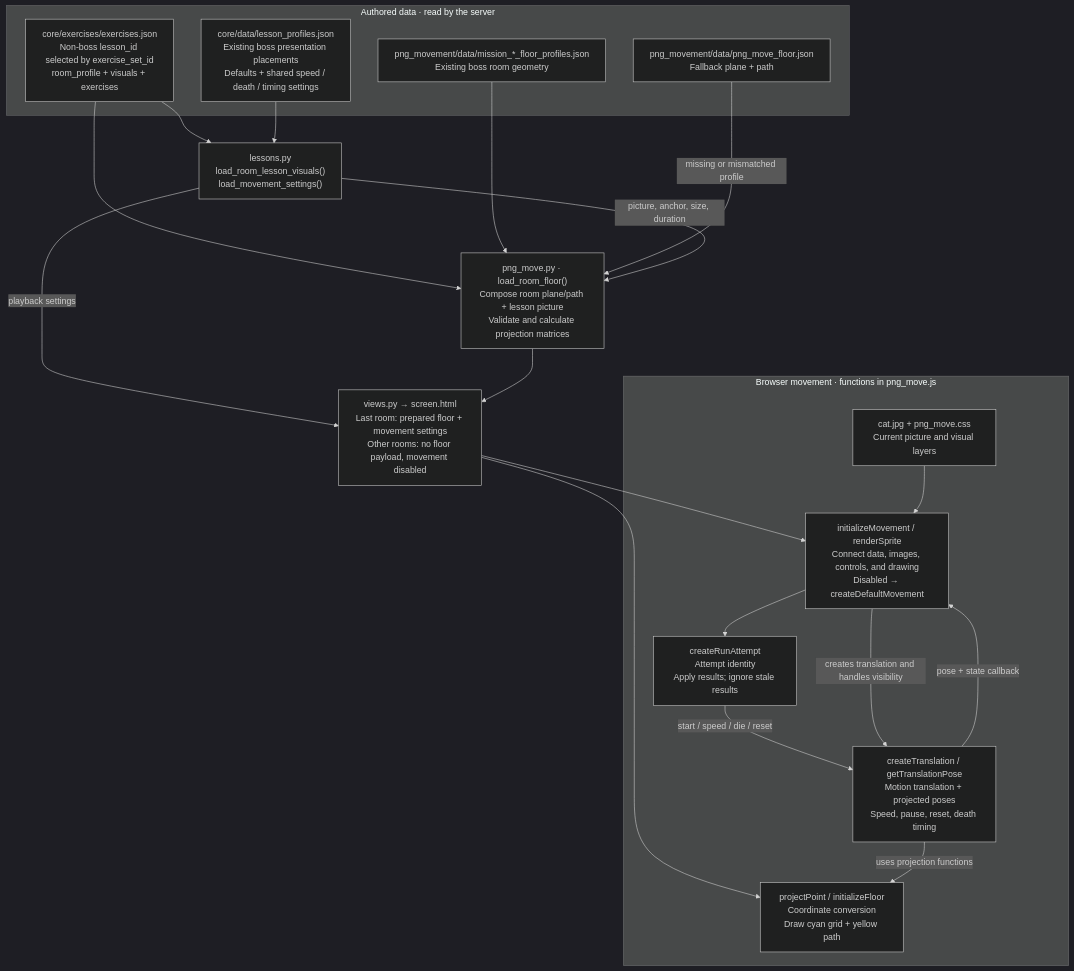
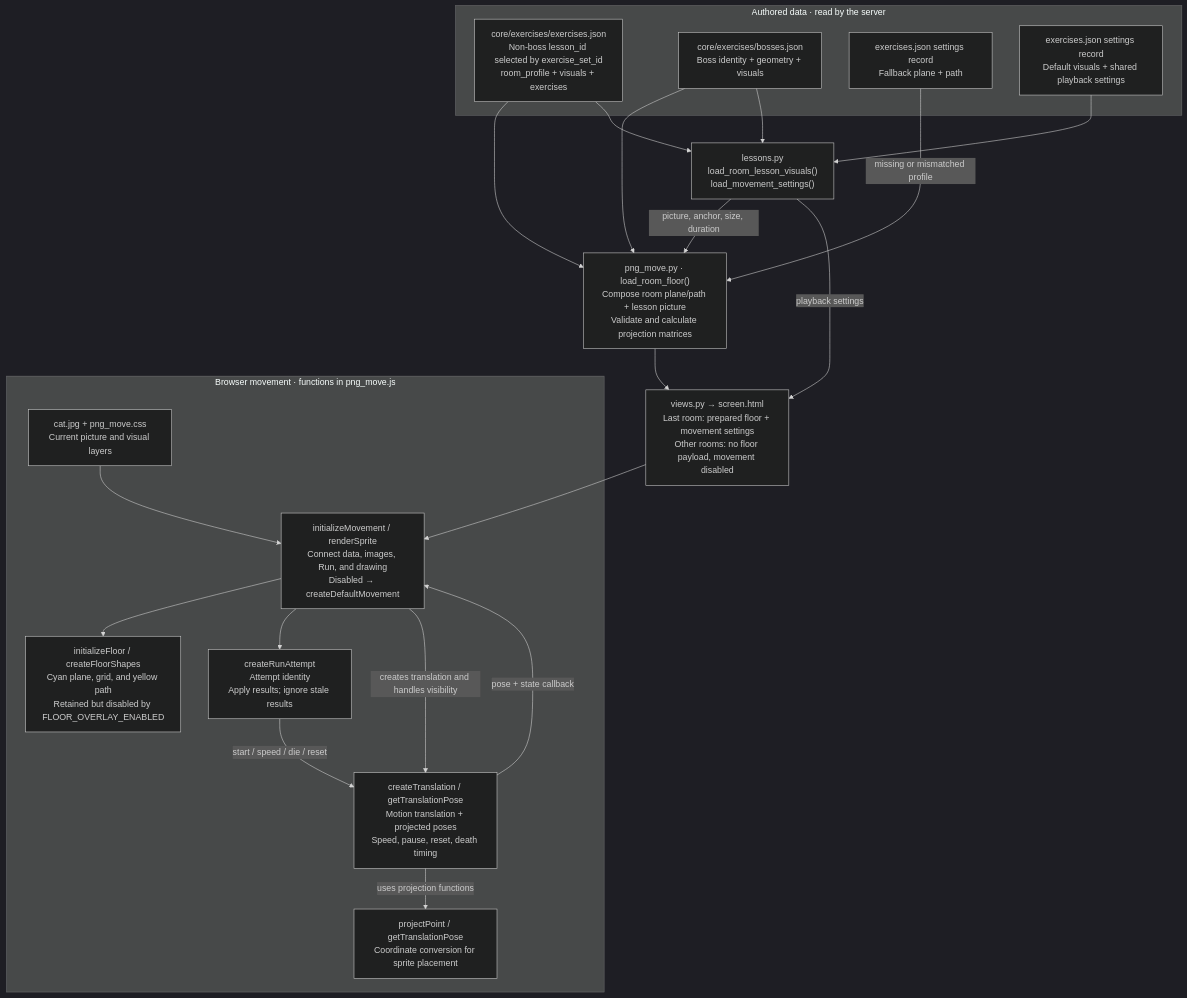
Before and after one commit to UCCS-CS4300-5300/group3-fall2026: the second of 3 diagrams in project/docs/architecture.md, drawn with Mermaid (dark theme). The commit also changed other lines of this file and 21 other files, not shown here.

Commit message:
Combined Boss data.

````diff
--- a/project/docs/architecture.md
+++ b/project/docs/architecture.md
@@ -55,38 +61,40 @@
 ```mermaid
 flowchart TB
     subgraph DATA["Authored data · read by the server"]
         ROOMDATA["core/exercises/exercises.json<br/>Non-boss lesson_id selected by exercise_set_id<br/>room_profile + visuals + exercises"]
-        BOSSDATA["png_movement/data/mission_*_floor_profiles.json<br/>Existing boss room geometry"]
-        DEFAULT["png_movement/data/png_move_floor.json<br/>Fallback plane + path"]
-        VISUAL["core/data/lesson_profiles.json<br/>Existing boss presentation placements<br/>Defaults + shared speed / death / timing settings"]
+        BOSSDATA["core/exercises/bosses.json<br/>Boss identity + geometry + visuals"]
+        DEFAULT["exercises.json settings record<br/>Fallback plane + path"]
+        VISUAL["exercises.json settings record<br/>Default visuals + shared playback settings"]
     end
 
     PY["png_move.py · load_room_floor()<br/>Compose room plane/path + lesson picture<br/>Validate and calculate projection matrices"]
     LESSON["lessons.py<br/>load_room_lesson_visuals()<br/>load_movement_settings()"]
     GATE["views.py → screen.html<br/>Last room: prepared floor + movement settings<br/>Other rooms: no floor payload, movement disabled"]
 
     subgraph BROWSER["Browser movement · functions in png_move.js"]
-        GEOMETRY["projectPoint / initializeFloor<br/>Coordinate conversion<br/>Draw cyan grid + yellow path"]
-        PREVIEW["initializeMovement / renderSprite<br/>Connect data, images, controls, and drawing<br/>Disabled → createDefaultMovement"]
+        GEOMETRY["projectPoint / getTranslationPose<br/>Coordinate conversion for sprite placement"]
+        OVERLAY["initializeFloor / createFloorShapes<br/>Cyan plane, grid, and yellow path<br/>Retained but disabled by FLOOR_OVERLAY_ENABLED"]
+        MOVEMENT["initializeMovement / renderSprite<br/>Connect data, images, Run, and drawing<br/>Disabled → createDefaultMovement"]
         ENCOUNTER["createRunAttempt<br/>Attempt identity<br/>Apply results; ignore stale results"]
         PLAYBACK["createTranslation / getTranslationPose<br/>Motion translation + projected poses<br/>Speed, pause, reset, death timing"]
         SPRITE["cat.jpg + png_move.css<br/>Current picture and visual layers"]
     end
 
     ROOMDATA --> PY
     ROOMDATA --> LESSON
     BOSSDATA --> PY
+    BOSSDATA --> LESSON
     DEFAULT -->|"missing or mismatched profile"| PY
     VISUAL --> LESSON
     LESSON -->|"picture, anchor, size, duration"| PY
     LESSON -->|"playback settings"| GATE
     PY --> GATE
-    GATE --> GEOMETRY
-    GATE --> PREVIEW
-    PREVIEW --> ENCOUNTER
+    GATE --> MOVEMENT
+    MOVEMENT --> OVERLAY
+    MOVEMENT --> ENCOUNTER
     ENCOUNTER -->|"start / speed / die / reset"| PLAYBACK
-    PREVIEW -->|"creates translation and handles visibility"| PLAYBACK
+    MOVEMENT -->|"creates translation and handles visibility"| PLAYBACK
     PLAYBACK -->|"uses projection functions"| GEOMETRY
-    PLAYBACK -->|"pose + state callback"| PREVIEW
-    SPRITE --> PREVIEW
+    PLAYBACK -->|"pose + state callback"| MOVEMENT
+    SPRITE --> MOVEMENT
 ```
````
